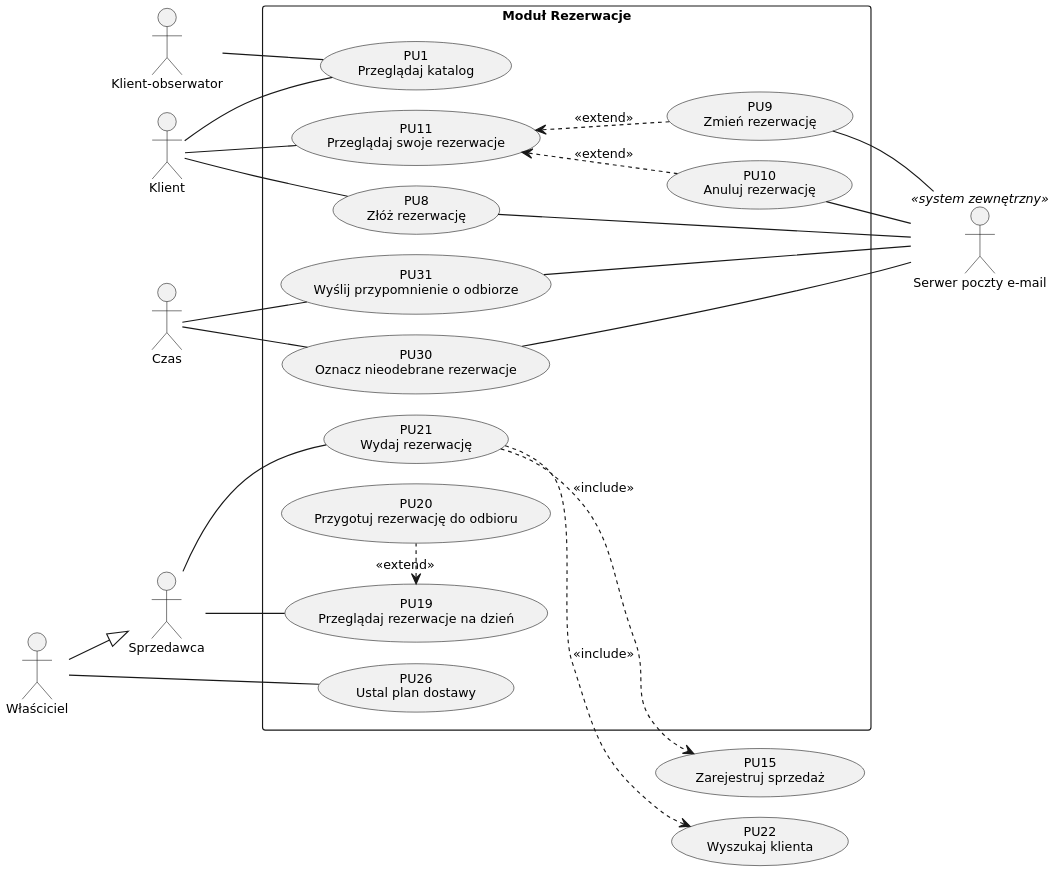
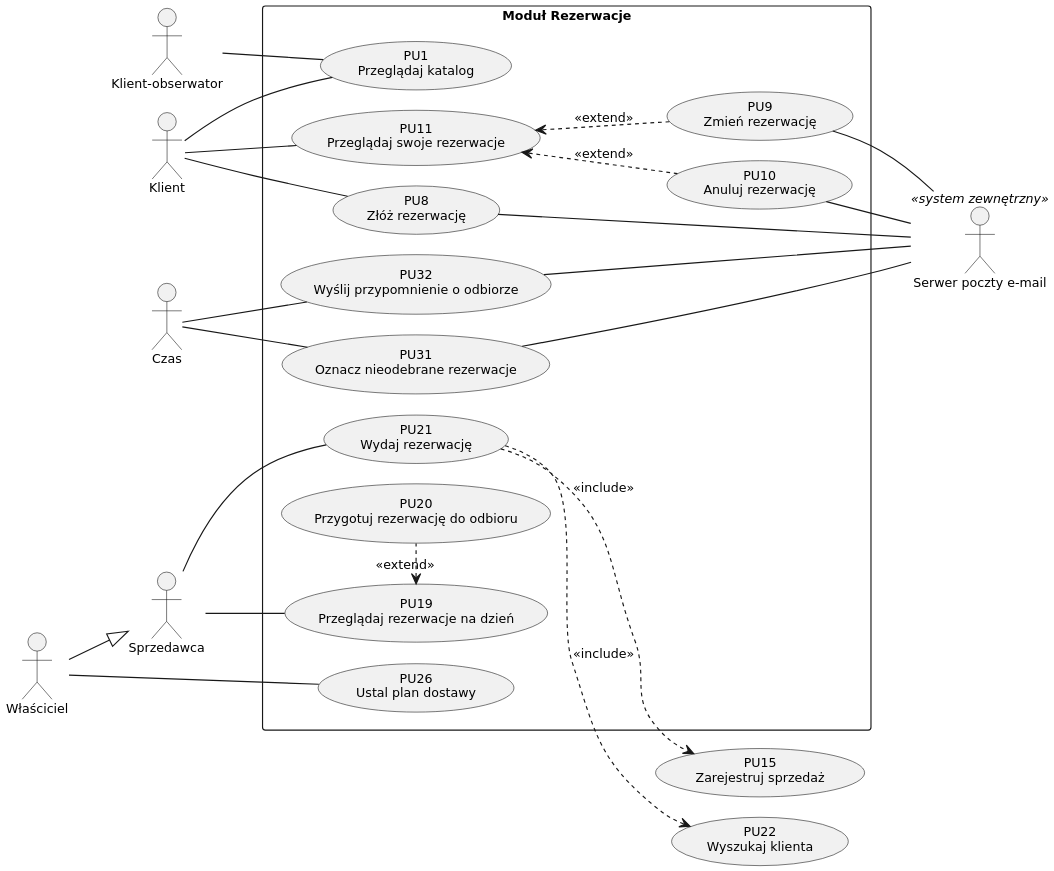
The diagram in dokumentacja/rysunki/diagramy/src/pu-modul-rezerwacje.puml (Kariseks/internetowe_bazy_danych), drawn with PlantUML before and after one commit. The commit also changed 23 other files, not shown here.

First line of the commit message:
Poprawki merytoryczne po przeglądzie, ERD i zasady pisania

```diff
--- a/dokumentacja/rysunki/diagramy/src/pu-modul-rezerwacje.puml
+++ b/dokumentacja/rysunki/diagramy/src/pu-modul-rezerwacje.puml
@@ -1,64 +1,64 @@
 @startuml pu-modul-rezerwacje
 skinparam monochrome true
 skinparam shadowing false
 skinparam dpi 200
 skinparam defaultFontName DejaVu Sans
 skinparam defaultFontSize 11
 skinparam packageStyle rectangle
 skinparam nodesep 18
 skinparam ranksep 35
 left to right direction
 
 actor "Klient-obserwator" as Obserwator
 actor "Klient" as Klient
 actor "Czas" as Czas
 actor "Właściciel" as Wlasciciel
 actor "Sprzedawca" as Sprzedawca
 actor "Serwer poczty e-mail" as Poczta <<system zewnętrzny>>
 
 rectangle "Moduł Rezerwacje" {
   usecase "PU1\nPrzeglądaj katalog" as PU1
   usecase "PU11\nPrzeglądaj swoje rezerwacje" as PU11
   usecase "PU9\nZmień rezerwację" as PU9
   usecase "PU10\nAnuluj rezerwację" as PU10
   usecase "PU8\nZłóż rezerwację" as PU8
-  usecase "PU30\nOznacz nieodebrane rezerwacje" as PU30
-  usecase "PU31\nWyślij przypomnienie o odbiorze" as PU31
+  usecase "PU31\nOznacz nieodebrane rezerwacje" as PU31
+  usecase "PU32\nWyślij przypomnienie o odbiorze" as PU32
   usecase "PU26\nUstal plan dostawy" as PU26
   usecase "PU19\nPrzeglądaj rezerwacje na dzień" as PU19
   usecase "PU20\nPrzygotuj rezerwację do odbioru" as PU20
   usecase "PU21\nWydaj rezerwację" as PU21
 }
 
 usecase "PU15\nZarejestruj sprzedaż" as PU15
 usecase "PU22\nWyszukaj klienta" as PU22
 
 Obserwator -- PU1
 Klient -- PU1
 Klient -- PU11
 Klient -- PU8
-Czas -- PU30
 Czas -- PU31
+Czas -- PU32
 Wlasciciel -- PU26
 Wlasciciel --|> Sprzedawca
 Sprzedawca -- PU19
 Sprzedawca -- PU21
 PU9 -[hidden] PU10
-PU30 -[hidden] PU31
-PU31 -[hidden] PU19
+PU31 -[hidden] PU32
+PU32 -[hidden] PU19
 PU19 -[hidden] PU20
 PU20 -[hidden] PU21
 PU15 -[hidden] PU22
 
 PU11 <.. PU9 : <<extend>>
 PU11 <.. PU10 : <<extend>>
 PU19 <.[norank]. PU20 : <<extend>>
 PU21 ..> PU15 : <<include>>
 PU21 ..> PU22 : <<include>>
 
 PU9 -- Poczta
 PU10 -- Poczta
 PU8 -- Poczta
-PU30 -- Poczta
 PU31 -- Poczta
+PU32 -- Poczta
 @enduml
```
